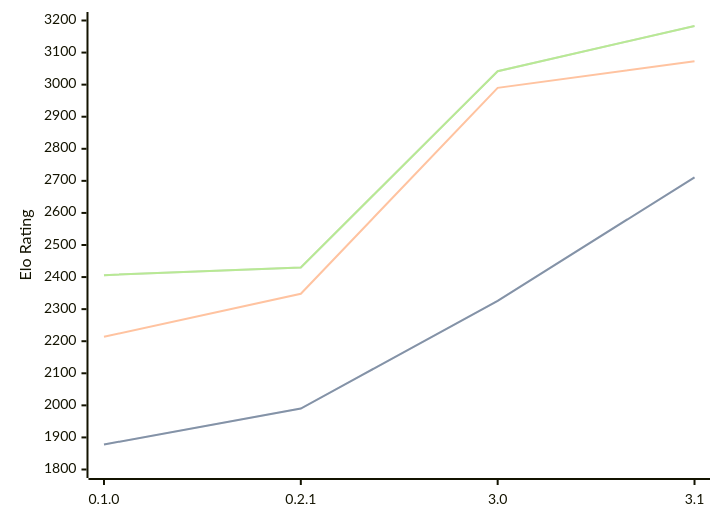
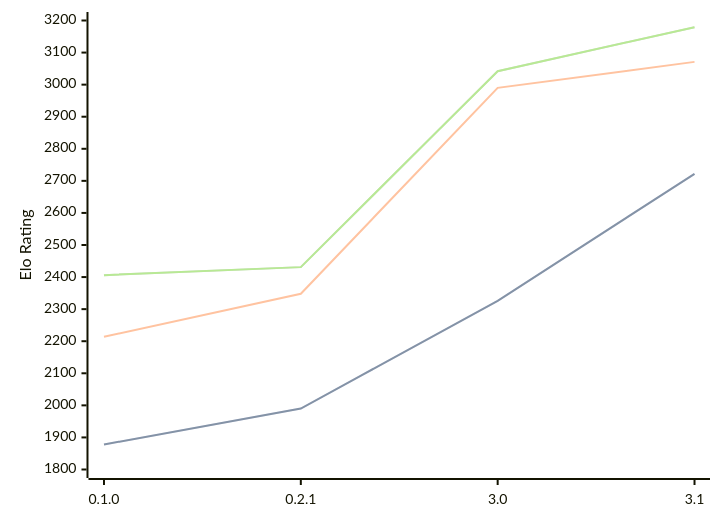
Before and after one commit to computer-chess-index/cci: the third of 3 diagrams in engines/Sykora.md, drawn with Mermaid. The commit also changed other lines of this file, not shown here.

Commit message:
Update CCI Ratings (ELO VLTC) - 2026-07-17

````diff
--- a/engines/Sykora.md
+++ b/engines/Sykora.md
@@ -68,11 +68,11 @@
 ```mermaid
 %%{init: {"theme":"base","themeVariables":{"seriesColors:['#a3a3a3','#222221','#faa371']}}}%%
 xychart-beta
   x-axis ["0.1.0", "0.2.1", "3.0", "3.1"]
   y-axis "Elo Rating" 1800 --> 3200
-  line "STC (8.0+0.08s)" [1878, 1990, 2326, 2711]
-  line "STC (8.0+0.08s)" [1878, 1990, 2326, 2711]
-  line "LTC (60.0+0.60s)" [2214, 2348, 2990, 3073]
-  line "VLTC (2m24s+1.12s)" [2406, 2430, 3042, 3183]
-  line "VLTC (2m24s+1.12s)" [2406, 2430, 3042, 3183]
+  line "STC (8.0+0.08s)" [1878, 1990, 2326, 2722]
+  line "STC (8.0+0.08s)" [1878, 1990, 2326, 2722]
+  line "LTC (60.0+0.60s)" [2214, 2348, 2990, 3071]
+  line "VLTC (2m24s+1.12s)" [2406, 2431, 3042, 3179]
+  line "VLTC (2m24s+1.12s)" [2406, 2431, 3042, 3179]
 ```
````
